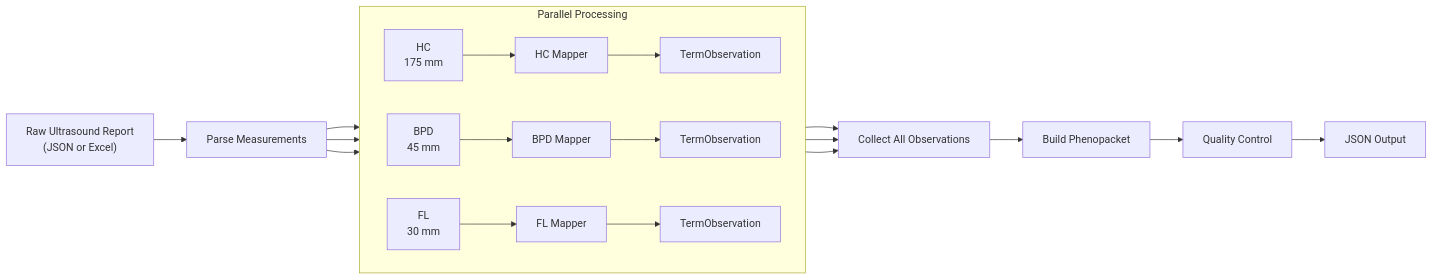
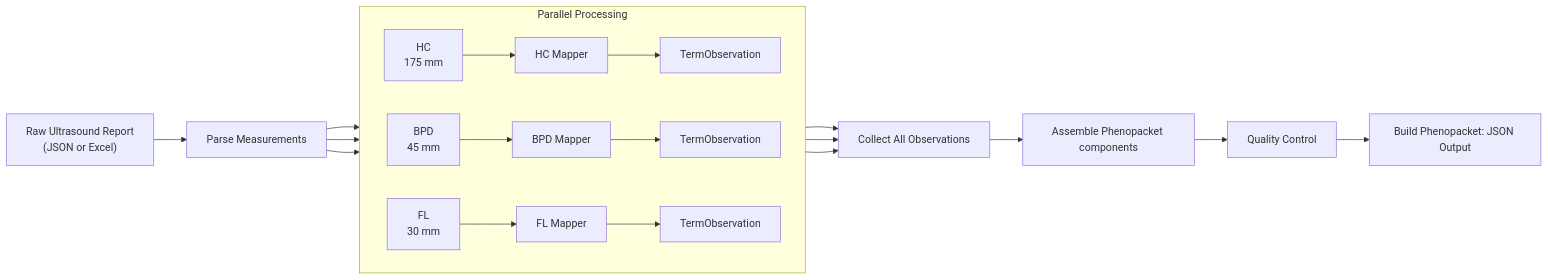
Before and after one commit to P2GX/prenatalppkt: the eighth of 14 diagrams in README.md, drawn with Mermaid.

Commit message:
small wording change

````diff
--- a/README.md
+++ b/README.md
@@ -454,25 +454,25 @@
 ```mermaid
   flowchart LR
     Input["Raw Ultrasound Report<br/>(JSON or Excel)"] --> Parse["Parse Measurements"]
 
     Parse --> HC["HC<br/>175 mm"]
     Parse --> BPD["BPD<br/>45 mm"]
     Parse --> FL["FL<br/>30 mm"]
 
     subgraph Processing["Parallel Processing"]
         direction LR
         HC --> HCMap["HC Mapper"] --> HCObs["TermObservation"]
         BPD --> BPDMap["BPD Mapper"] --> BPDObs["TermObservation"]
         FL --> FLMap["FL Mapper"] --> FLObs["TermObservation"]
     end
 
     HCObs --> Collect["Collect All Observations"]
     BPDObs --> Collect
     FLObs --> Collect
 
-    Collect --> PP["Build Phenopacket"]
+    Collect --> PP["Assemble Phenopacket components"]
     PP --> QC["Quality Control"]
-    QC --> Output["JSON Output"]
+    QC --> Output["Build Phenopacket: JSON Output"]
 
 
 ```
````
